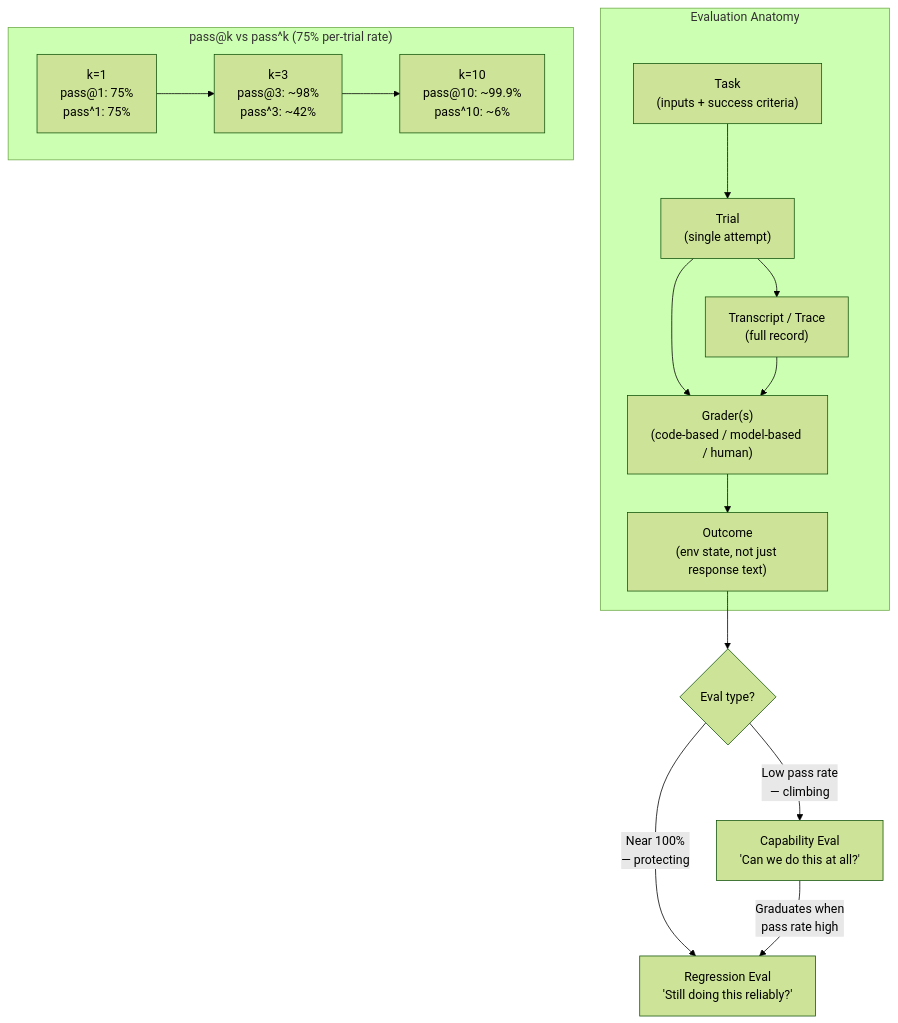
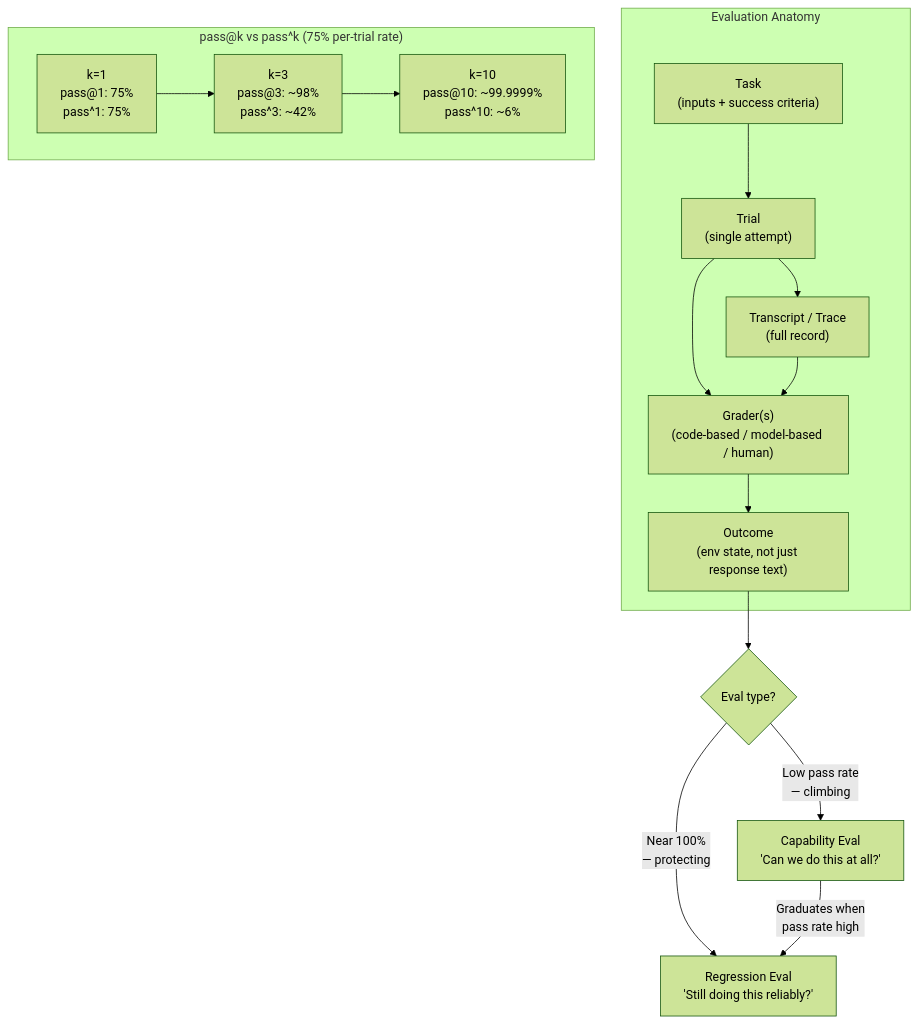
One commit to Jin-Fang/Agentic-AI-Study changed the diagram in agent-harness/09-evaluation.md. Above: the diagram before and after it, drawn with Mermaid (forest theme). The commit also changed other lines of this file and 27 other files, not shown here.

````diff
--- a/agent-harness/09-evaluation.md
+++ b/agent-harness/09-evaluation.md
@@ -89,23 +89,23 @@
 ```mermaid
 flowchart TD
     subgraph ANATOMY["Evaluation Anatomy"]
         TASK["Task\n(inputs + success criteria)"] --> TRIAL["Trial\n(single attempt)"]
         TRIAL --> GRADER["Grader(s)\n(code-based / model-based / human)"]
         GRADER --> OUTCOME["Outcome\n(env state, not just response text)"]
         TRIAL --> TRANSCRIPT["Transcript / Trace\n(full record)"]
         TRANSCRIPT --> GRADER
     end
 
     subgraph METRICS["pass@k vs pass^k  (75% per-trial rate)"]
         direction LR
         K1["k=1\npass@1: 75%\npass^1: 75%"]
         K3["k=3\npass@3: ~98%\npass^3: ~42%"]
-        K10["k=10\npass@10: ~99.9%\npass^10: ~6%"]
+        K10["k=10\npass@10: ~99.9999%\npass^10: ~6%"]
         K1 --> K3 --> K10
     end
 
     OUTCOME --> CAPVREGG{Eval type?}
     CAPVREGG -->|"Low pass rate\n— climbing"| CAP["Capability Eval\n'Can we do this at all?'"]
     CAPVREGG -->|"Near 100%\n— protecting"| REG["Regression Eval\n'Still doing this reliably?'"]
     CAP -->|"Graduates when\npass rate high"| REG
 ```
````
